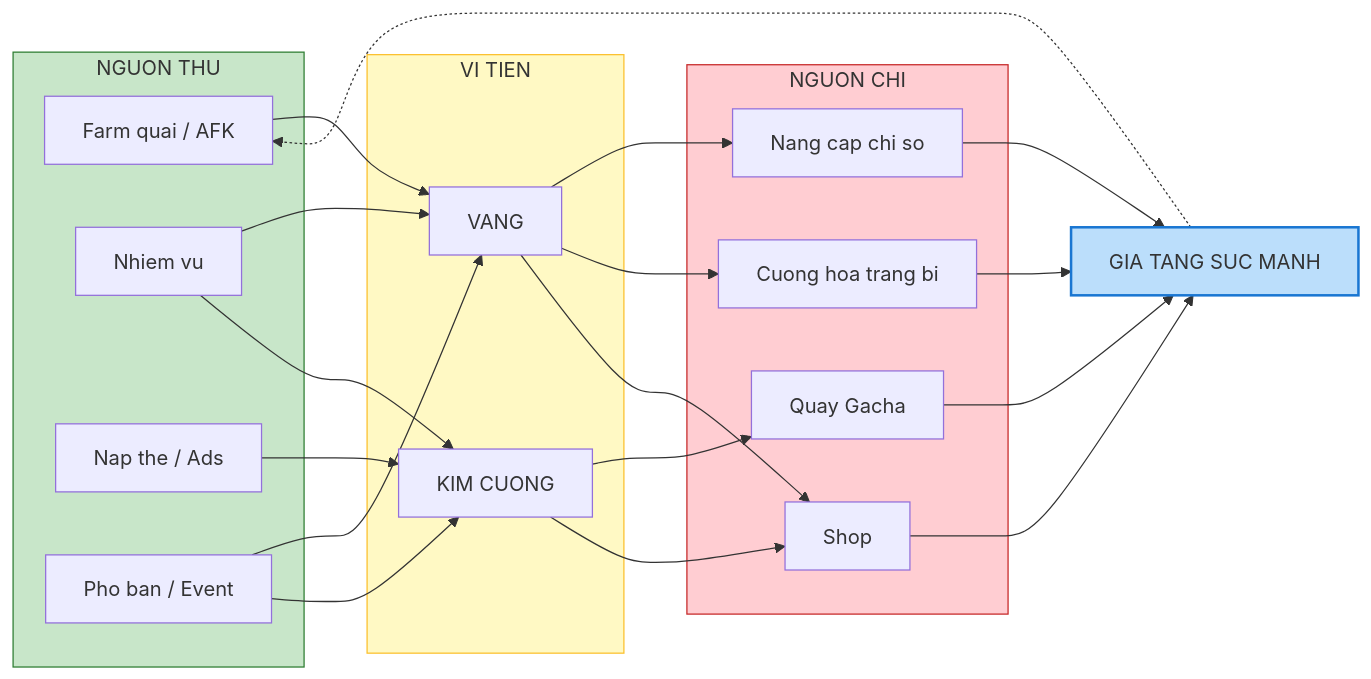
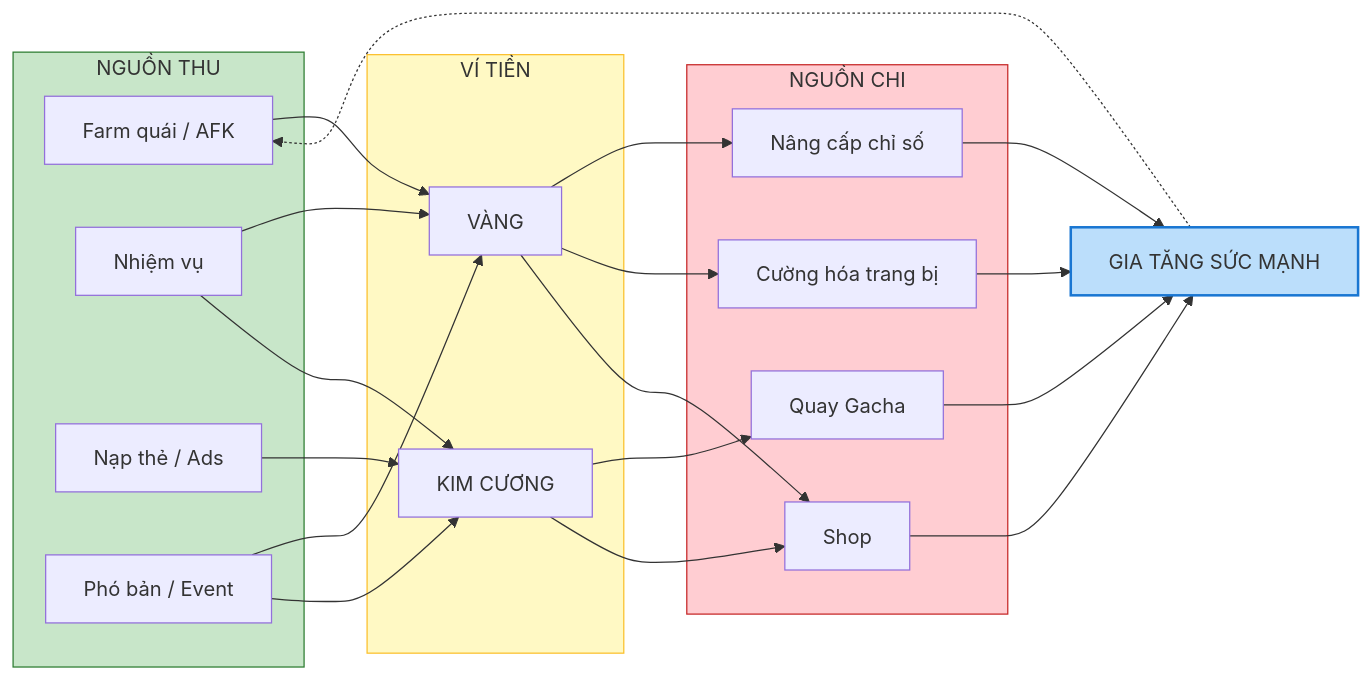
Before and after one commit to luantran-working/idlegame-designdocs: the diagram in docs/he-thong-kinh-te-va-tai-nguyen.md, drawn with Mermaid. The commit also changed 16 other files, not shown here.

Commit message:
feat: Introduce extensive game design documentation covering game systems, UI, and roadmap, and enable Mermaid diagram support in Docusaurus.

````diff
--- a/docs/he-thong-kinh-te-va-tai-nguyen.md
+++ b/docs/he-thong-kinh-te-va-tai-nguyen.md
@@ -73,49 +73,49 @@
 ```mermaid
 flowchart LR
-    subgraph Sources["NGUON THU"]
-        S1["Farm quai / AFK"]
-        S2["Nhiem vu"]
-        S3["Nap the / Ads"]
-        S4["Pho ban / Event"]
+    subgraph Sources["NGUỒN THU"]
+        S1["Farm quái / AFK"]
+        S2["Nhiệm vụ"]
+        S3["Nạp thẻ / Ads"]
+        S4["Phó bản / Event"]
     end
 
-    subgraph Wallet["VI TIEN"]
-        Gold["VANG"]
-        Gem["KIM CUONG"]
+    subgraph Wallet["VÍ TIỀN"]
+        Gold["VÀNG"]
+        Gem["KIM CƯƠNG"]
     end
 
-    subgraph Sinks["NGUON CHI"]
-        U1["Nang cap chi so"]
-        U2["Cuong hoa trang bi"]
+    subgraph Sinks["NGUỒN CHI"]
+        U1["Nâng cấp chỉ số"]
+        U2["Cường hóa trang bị"]
         Gacha["Quay Gacha"]
         Shop["Shop"]
     end
 
-    Result["GIA TANG SUC MANH"]
+    Result["GIA TĂNG SỨC MẠNH"]
 
     S1 --> Gold
     S2 --> Gold
     S2 --> Gem
     S3 --> Gem
     S4 --> Gold
     S4 --> Gem
 
     Gold --> U1
     Gold --> U2
     Gold --> Shop
 
     Gem --> Gacha
     Gem --> Shop
 
     U1 --> Result
     U2 --> Result
     Gacha --> Result
     Shop --> Result
 
     Result -.-> S1
 
     style Sources fill:#c8e6c9,stroke:#2e7d32
     style Wallet fill:#fff9c4,stroke:#fbc02d
     style Sinks fill:#ffcdd2,stroke:#c62828
     style Result fill:#bbdefb,stroke:#1976d2,stroke-width:2px
 ```
````
